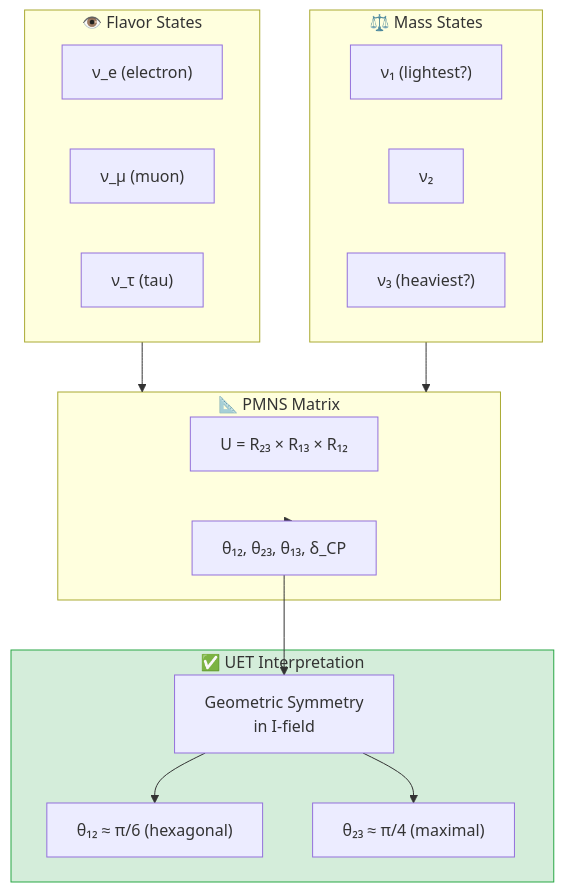
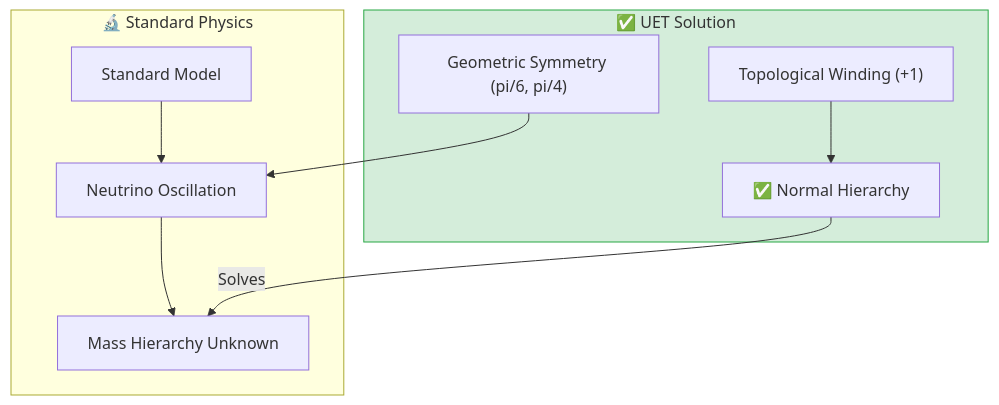
Before and after one commit to ellipszist/unityequilibriumtheory: the diagram in research_uet/topics/0.7_Neutrino_Physics/README.md, drawn with Mermaid. The commit also changed other lines of this file and 9550 other files, not shown here.

````diff
--- a/research_uet/topics/0.7_Neutrino_Physics/README.md
+++ b/research_uet/topics/0.7_Neutrino_Physics/README.md
@@ -42,35 +40,23 @@
 ```mermaid
 graph TB
-    subgraph Flavors["👁️ Flavor States"]
-        Nu_e["ν_e (electron)"]
-        Nu_mu["ν_μ (muon)"]
-        Nu_tau["ν_τ (tau)"]
+    subgraph Standard["🔬 Standard Physics"]
+        SM["Standard Model"]
+        Osc["Neutrino Oscillation"]
+        Unknown["Mass Hierarchy Unknown"]
     end
     
-    subgraph Mass["⚖️ Mass States"]
-        Nu1["ν₁ (lightest?)"]
-        Nu2["ν₂"]
-        Nu3["ν₃ (heaviest?)"]
+    subgraph UET["✅ UET Solution"]
+        Geo["Geometric Symmetry (pi/6, pi/4)"]
+        Topo["Topological Winding (+1)"]
+        Normal["✅ Normal Hierarchy"]
     end
     
-    subgraph PMNS["📐 PMNS Matrix"]
-        U["U = R₂₃ × R₁₃ × R₁₂"]
-        Angles["θ₁₂, θ₂₃, θ₁₃, δ_CP"]
-    end
+    SM --> Osc
+    Osc --> Unknown
     
-    subgraph UET["✅ UET Interpretation"]
-        Geo["Geometric Symmetry<br/>in I-field"]
-        Hex["θ₁₂ ≈ π/6 (hexagonal)"]
-        Max["θ₂₃ ≈ π/4 (maximal)"]
-    end
-    
-    Flavors --> PMNS
-    Mass --> PMNS
-    PMNS --> Angles
-    
-    Angles --> Geo
-    Geo --> Hex
-    Geo --> Max
+    Geo --> Osc
+    Topo --> Normal
+    Normal -->|"Solves"| Unknown
     
     style UET fill:#d4edda,stroke:#28a745
 ```
````
